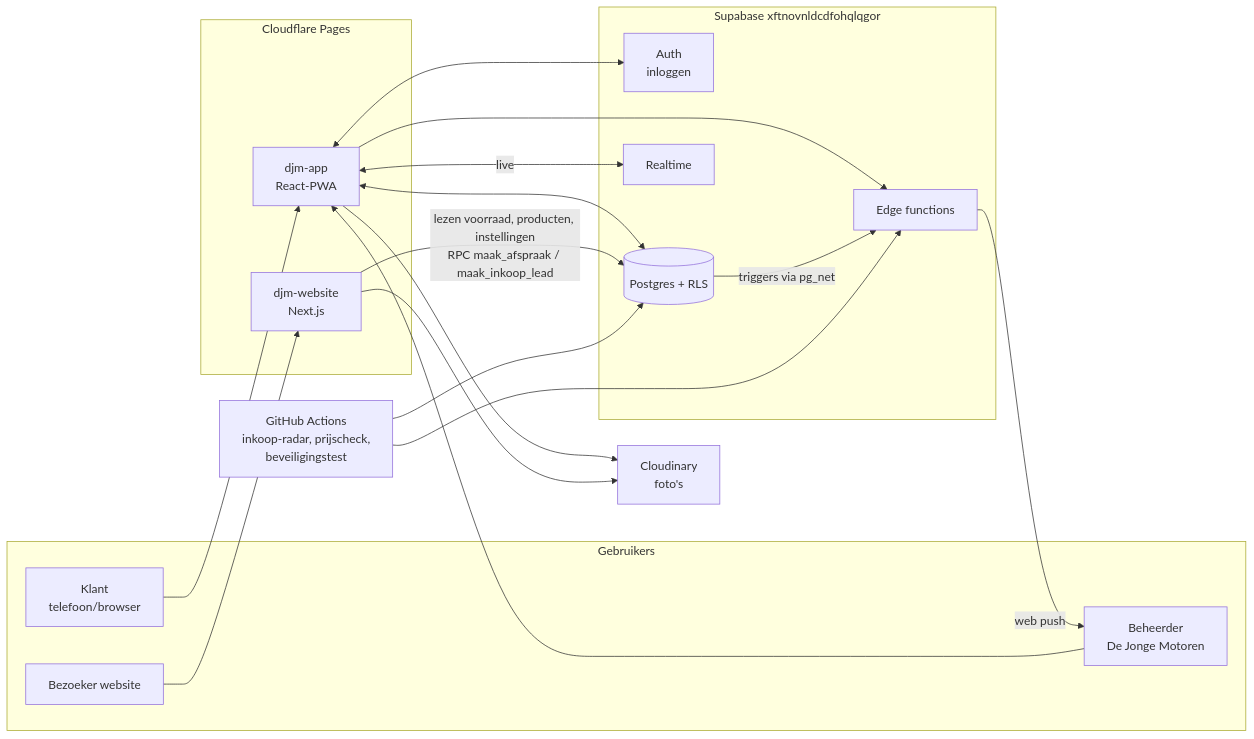
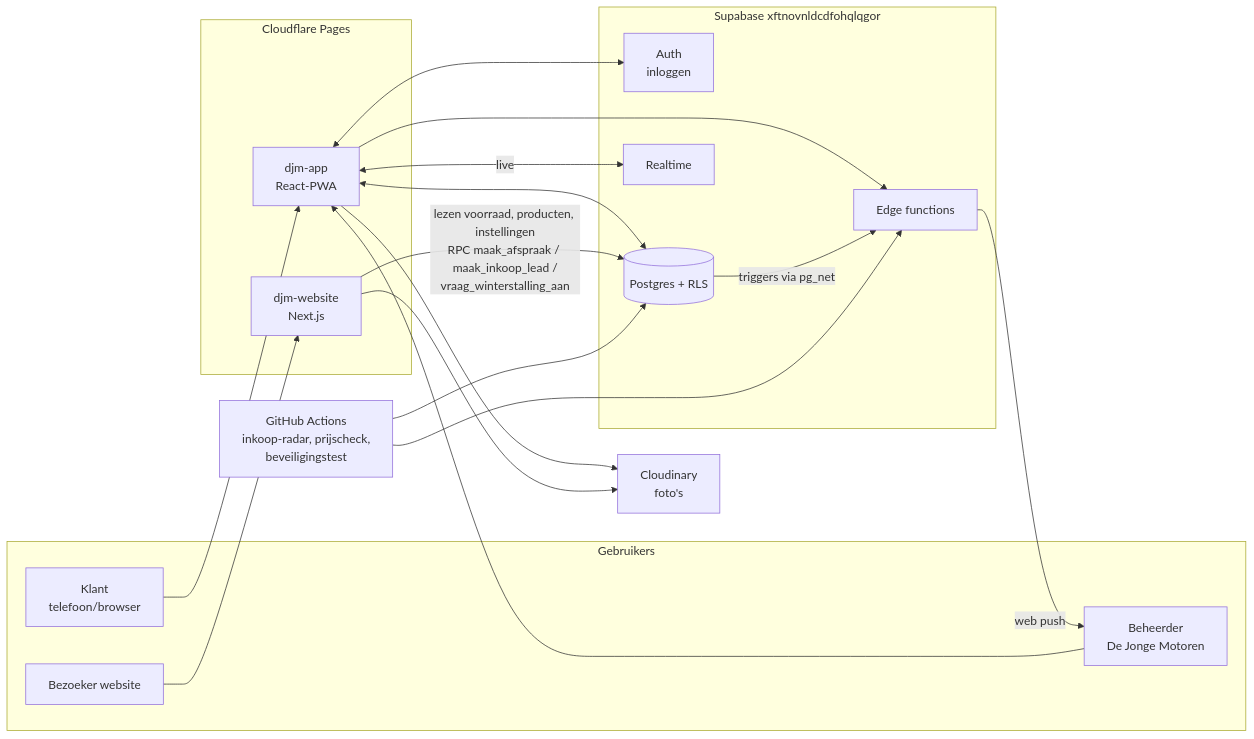
Before and after one commit to Mrjeffa/djm-app: the first of 2 diagrams in docs/ARCHITECTUUR.md, drawn with Mermaid. The commit also changed other lines of this file and 7 other files, not shown here.

````diff
--- a/docs/ARCHITECTUUR.md
+++ b/docs/ARCHITECTUUR.md
@@ -13,35 +13,35 @@
 ```mermaid
 flowchart LR
   subgraph Gebruikers
     K[Klant<br/>telefoon/browser]
     A[Beheerder<br/>De Jonge Motoren]
     B[Bezoeker website]
   end
 
   subgraph CF[Cloudflare Pages]
     APP[djm-app<br/>React-PWA]
     WEB[djm-website<br/>Next.js]
   end
 
   subgraph SB[Supabase  xftnovnldcdfohqlqgor]
     AUTH[Auth<br/>inloggen]
     DB[(Postgres + RLS)]
     RT[Realtime]
     EF[Edge functions]
   end
 
   K --> APP
   A --> APP
   B --> WEB
   APP <--> AUTH
   APP <--> DB
   APP <-- live --> RT
   APP --> EF
-  WEB -->|lezen voorraad, producten, instellingen<br/>RPC maak_afspraak / maak_inkoop_lead| DB
+  WEB -->|lezen voorraad, producten, instellingen<br/>RPC maak_afspraak / maak_inkoop_lead /<br/>vraag_winterstalling_aan| DB
   DB -->|triggers via pg_net| EF
   EF -->|web push| A
   GH[GitHub Actions<br/>inkoop-radar, prijscheck,<br/>beveiligingstest] --> DB
   GH --> EF
   APP --> CLD[Cloudinary<br/>foto's]
   WEB --> CLD
 ```
````
